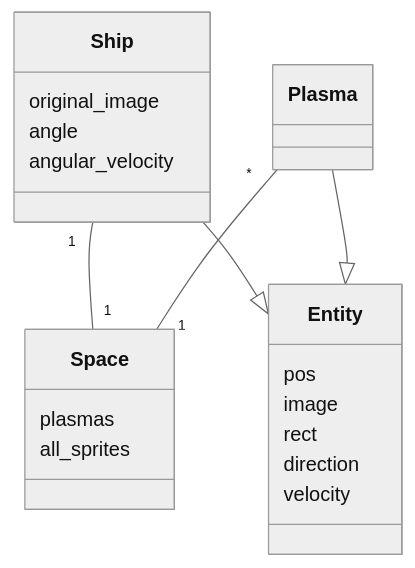
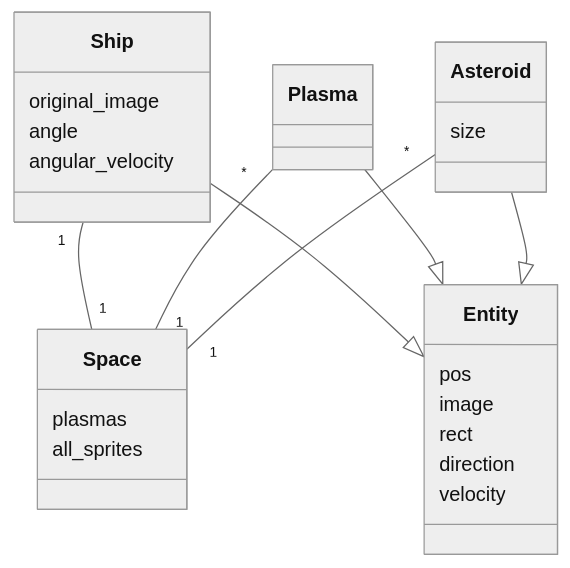
The diagram in dokumentaatio/arkkitehtuuri.md (tjunttil/ot-harjoitustyo), drawn with Mermaid (neutral theme) before and after one commit.

````diff
--- a/dokumentaatio/arkkitehtuuri.md
+++ b/dokumentaatio/arkkitehtuuri.md
@@ -1,25 +1,30 @@
 ```mermaid
  classDiagram
       Ship "1" -- "1" Space
       Plasma "*" -- "1" Space
+      Asteroid "*" -- "1" Space
       Ship --|> Entity
       Plasma --|> Entity
+      Asteroid --|> Entity
       class Entity{
           pos
           image
           rect
           direction
           velocity
       }
       class Ship{
           original_image
           angle
           angular_velocity
       }
       class Plasma{
       }
       class Space{
           plasmas
           all_sprites
       }
+      class Asteroid{
+          size
+      }
 ```
````
